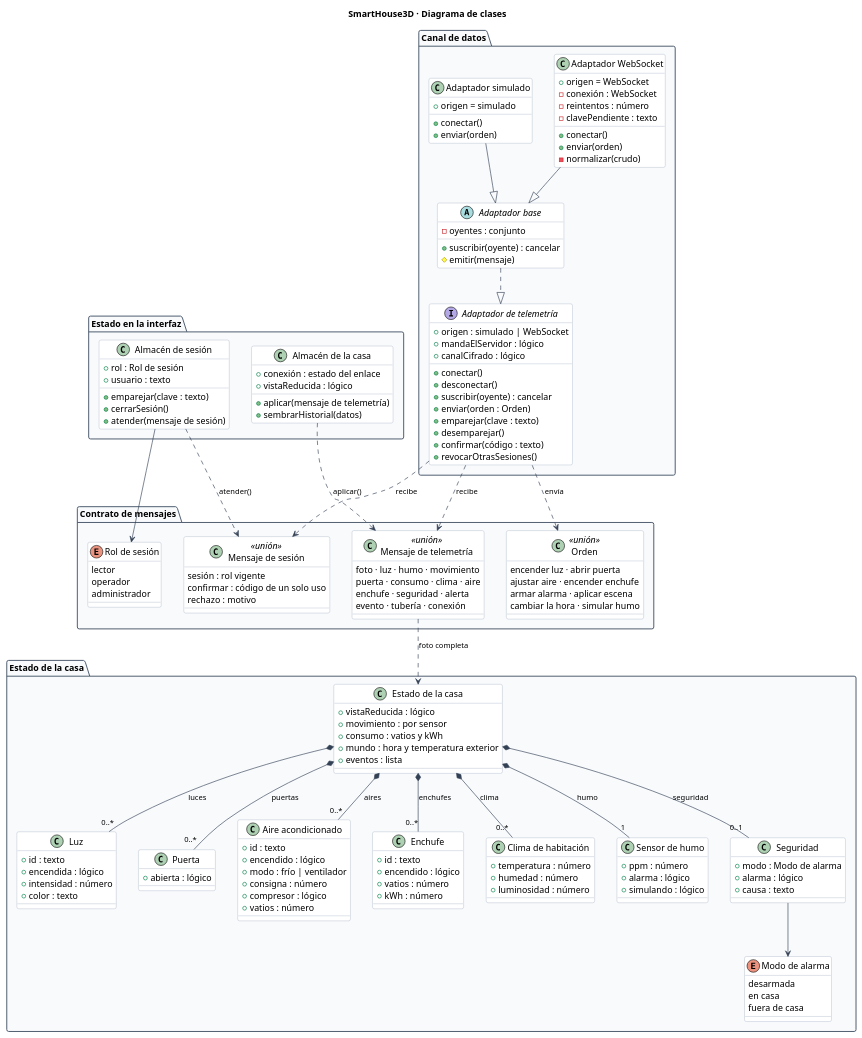
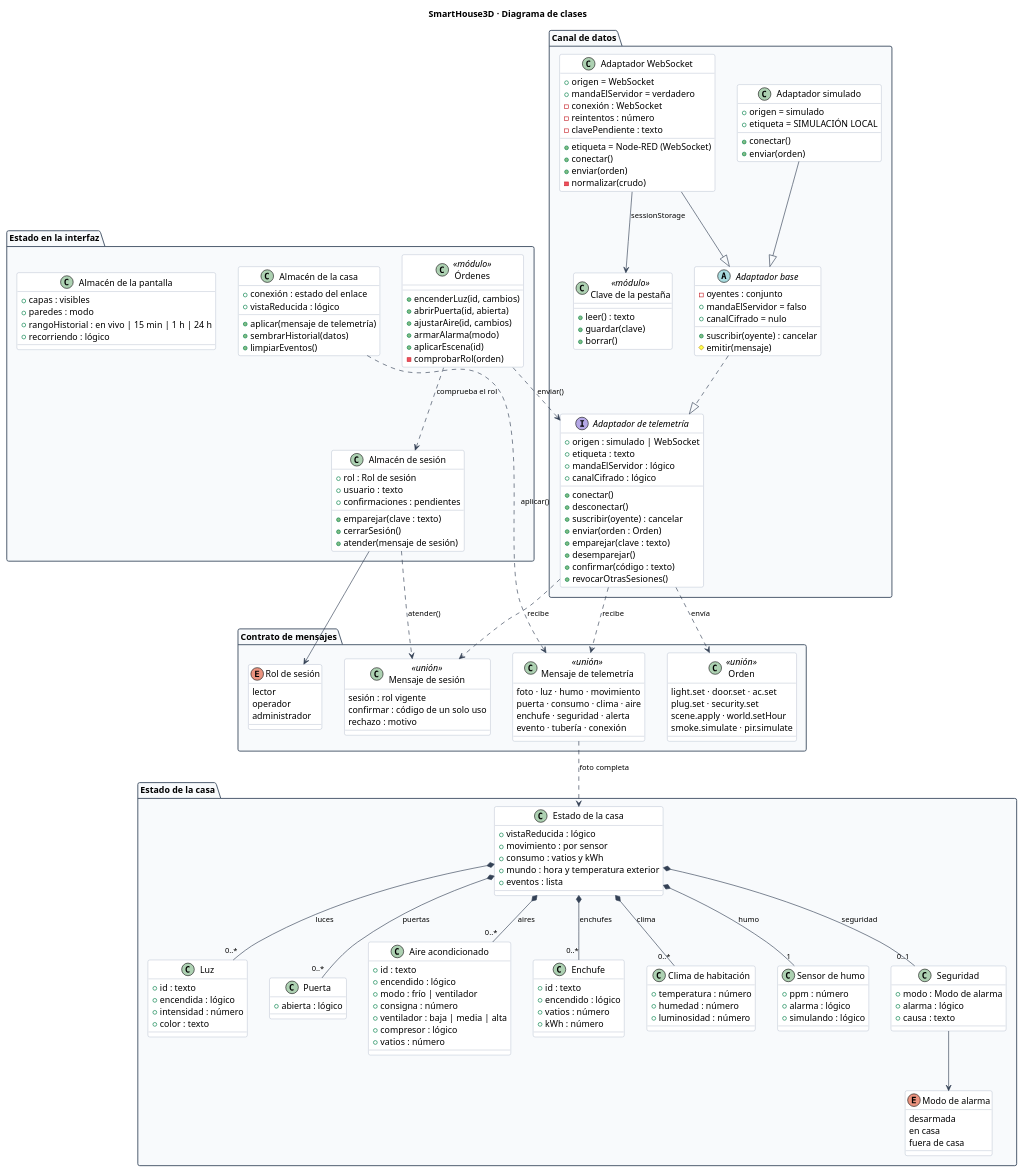
Before and after one commit to WilderG2004/SmartHouse3D: the diagram in docs/diagramas/clases.puml, drawn with PlantUML. The commit also changed 5 other files, not shown here.

First line of the commit message:
Diagramas: rehechos releyendo el codigo entero

```diff
--- a/docs/diagramas/clases.puml
+++ b/docs/diagramas/clases.puml
@@ -1,6 +1,11 @@
 @startuml clases
-' Los nombres se muestran en español; el alias de cada clase es el nombre real
-' que tiene en el código (src/types/iot.ts y src/services/telemetry/).
+' Comprobado en el codigo. Los nombres se muestran en español; el alias de cada
+' clase es el identificador real:
+'   src/services/telemetry/TelemetryAdapter.ts  interfaz y clase abstracta
+'   src/services/telemetry/WebSocketAdapter.ts  SimulatedAdapter.ts  pairingKey.ts
+'   src/hooks/useTelemetry.ts                   fachada «commands»
+'   src/store/useHouseStore.ts  useSessionStore.ts  useUiStore.ts
+'   src/types/iot.ts                            contrato de datos
 title SmartHouse3D · Diagrama de clases
 
 skinparam backgroundColor White
@@ -24,6 +29,7 @@
 package "Canal de datos" {
   interface "Adaptador de telemetría" as TelemetryAdapter {
     +origen : simulado | WebSocket
+    +etiqueta : texto
     +mandaElServidor : lógico
     +canalCifrado : lógico
     +conectar()
@@ -38,12 +44,16 @@
 
   abstract class "Adaptador base" as BaseAdapter {
     -oyentes : conjunto
+    +mandaElServidor = falso
+    +canalCifrado = nulo
     +suscribir(oyente) : cancelar
     #emitir(mensaje)
   }
 
   class "Adaptador WebSocket" as WebSocketAdapter {
     +origen = WebSocket
+    +etiqueta = Node-RED (WebSocket)
+    +mandaElServidor = verdadero
     -conexión : WebSocket
     -reintentos : número
     -clavePendiente : texto
@@ -54,13 +64,21 @@
 
   class "Adaptador simulado" as SimulatedAdapter {
     +origen = simulado
+    +etiqueta = SIMULACIÓN LOCAL
     +conectar()
     +enviar(orden)
+  }
+
+  class "Clave de la pestaña" as pairingKey <<módulo>> {
+    +leer() : texto
+    +guardar(clave)
+    +borrar()
   }
 
   BaseAdapter ..|> TelemetryAdapter
   WebSocketAdapter --|> BaseAdapter
   SimulatedAdapter --|> BaseAdapter
+  WebSocketAdapter --> pairingKey : "sessionStorage"
 }
 
 package "Contrato de mensajes" {
@@ -72,10 +90,10 @@
   }
 
   class "Orden" as DeviceCommand <<unión>> {
-    encender luz · abrir puerta
-    ajustar aire · encender enchufe
-    armar alarma · aplicar escena
-    cambiar la hora · simular humo
+    light.set · door.set · ac.set
+    plug.set · security.set
+    scene.apply · world.setHour
+    smoke.simulate · pir.simulate
   }
 
   class "Mensaje de sesión" as SessionMessage <<unión>> {
@@ -116,6 +134,7 @@
     +encendido : lógico
     +modo : frío | ventilador
     +consigna : número
+    +ventilador : baja | media | alta
     +compresor : lógico
     +vatios : número
   }
@@ -162,22 +181,42 @@
 }
 
 package "Estado en la interfaz" {
+  class "Órdenes" as commands <<módulo>> {
+    +encenderLuz(id, cambios)
+    +abrirPuerta(id, abierta)
+    +ajustarAire(id, cambios)
+    +armarAlarma(modo)
+    +aplicarEscena(id)
+    -comprobarRol(orden)
+  }
+
   class "Almacén de la casa" as HouseStore {
     +conexión : estado del enlace
     +vistaReducida : lógico
     +aplicar(mensaje de telemetría)
     +sembrarHistorial(datos)
+    +limpiarEventos()
   }
 
   class "Almacén de sesión" as SessionStore {
     +rol : Rol de sesión
     +usuario : texto
+    +confirmaciones : pendientes
     +emparejar(clave : texto)
     +cerrarSesión()
     +atender(mensaje de sesión)
   }
+
+  class "Almacén de la pantalla" as UiStore {
+    +capas : visibles
+    +paredes : modo
+    +rangoHistorial : en vivo | 15 min | 1 h | 24 h
+    +recorriendo : lógico
+  }
 }
 
+commands ..> TelemetryAdapter : "enviar()"
+commands ..> SessionStore : "comprueba el rol"
 TelemetryAdapter ..> DeviceCommand : "envía"
 TelemetryAdapter ..> TelemetryMessage : "recibe"
 TelemetryAdapter ..> SessionMessage : "recibe"
```
